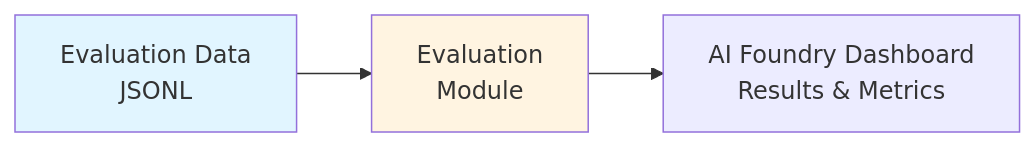
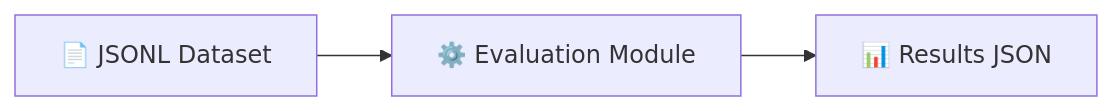
The second of 4 diagrams in README.md (Azure-Samples/Agentic-Evaluations), drawn with Mermaid before and after one commit. The commit also changed other lines of this file and 13 other files, not shown here.

````diff
--- a/README.md
+++ b/README.md
@@ -80,11 +218,5 @@
 ```mermaid
-graph LR
-    A[Evaluation Data<br/>JSONL] --> B[Evaluation<br/>Module]
-    B --> C[AI Foundry Dashboard <br /> Results & Metrics]
-
-    
-    style A fill:#e1f5ff
-    style B fill:#fff4e1
-    style C fill:#f0e1f
-
+flowchart LR
+    A[📄 JSONL Dataset] --> B[⚙️ Evaluation Module]
+    B --> C[📊 Results JSON]
 ```
````
